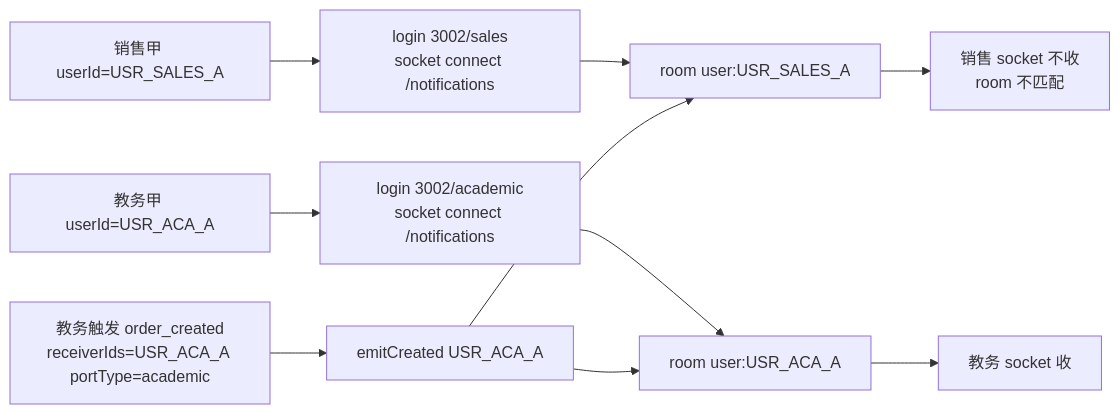
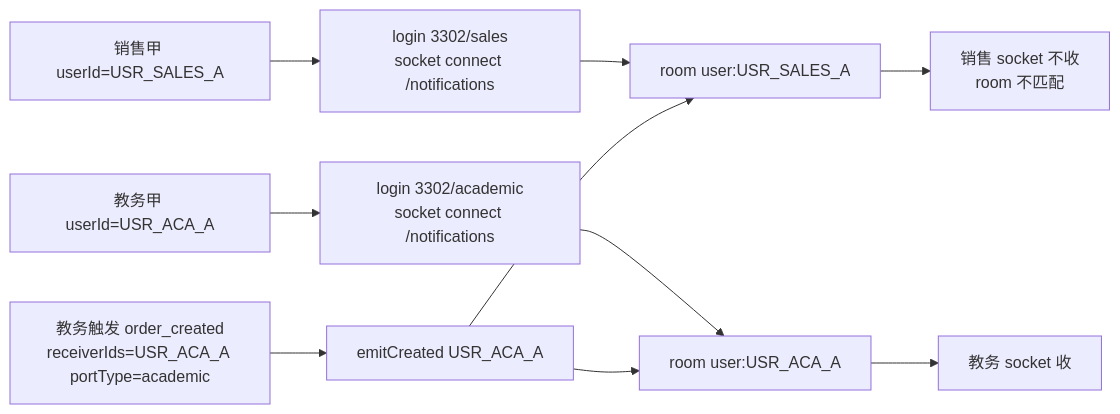
Before and after one commit to snakemelonwiki/xhsmedium: diagram 23 of 39 in doc/B端-v1.2-通知和WebSocket测试用例.md, drawn with Mermaid. The commit also changed other lines of this file and 134 other files, not shown here.

````diff
--- a/doc/B端-v1.2-通知和WebSocket测试用例.md
+++ b/doc/B端-v1.2-通知和WebSocket测试用例.md
@@ -1257,12 +1257,12 @@
 ```mermaid
 flowchart LR
-  A[销售甲 userId=USR_SALES_A] --> B1[login 3002/sales<br/>socket connect /notifications]
-  A2[教务甲 userId=USR_ACA_A] --> B2[login 3002/academic<br/>socket connect /notifications]
+  A[销售甲 userId=USR_SALES_A] --> B1[login 3302/sales<br/>socket connect /notifications]
+  A2[教务甲 userId=USR_ACA_A] --> B2[login 3302/academic<br/>socket connect /notifications]
   B1 --> C1[room user:USR_SALES_A]
   B2 --> C2[room user:USR_ACA_A]
   D[教务触发 order_created<br/>receiverIds=USR_ACA_A portType=academic] --> E[emitCreated USR_ACA_A]
   E --> C1
   E --> C2
   C1 --> F1[销售 socket 不收<br/>room 不匹配]
   C2 --> F2[教务 socket 收]
 ```
````
